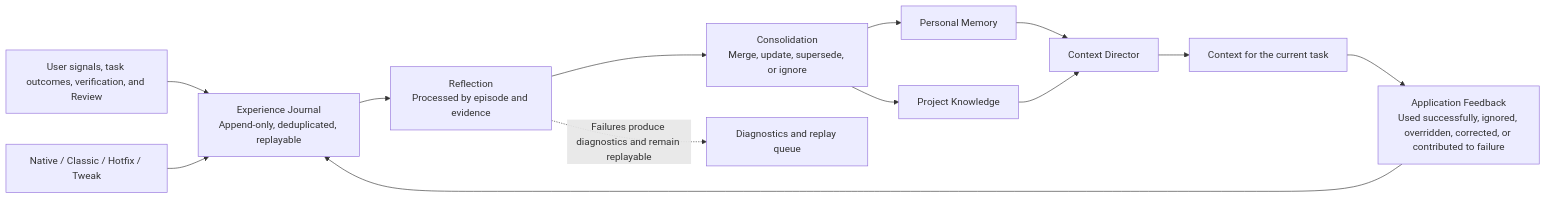
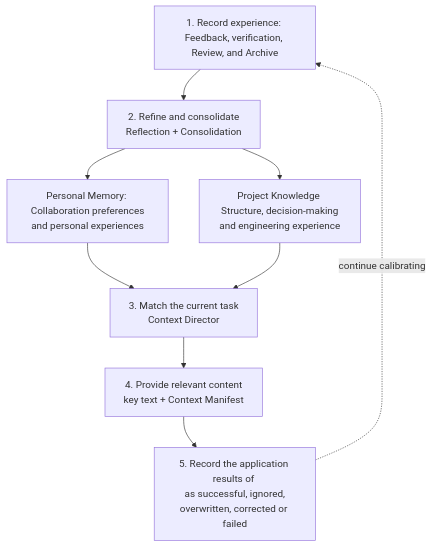
The diagram in en/plugins/agent-learning-loop.mdx (rpamis/comet-website-docs), drawn with Mermaid before and after one commit. The commit also changed other lines of this file and 158 other files, not shown here.

````diff
--- a/en/plugins/agent-learning-loop.mdx
+++ b/en/plugins/agent-learning-loop.mdx
@@ -27,15 +65,11 @@
 ```mermaid
-flowchart LR
-  U["User signals, task outcomes, verification, and Review"] --> J["Experience Journal\nAppend-only, deduplicated, replayable"]
-  W["Native / Classic / Hotfix / Tweak"] --> J
-  J --> R["Reflection\nProcessed by episode and evidence"]
-  R --> C["Consolidation\nMerge, update, supersede, or ignore"]
-  C --> P["Personal Memory"]
-  C --> K["Project Knowledge"]
-  P --> D["Context Director"]
+flowchart TD
+  E["1. Record experience: Feedback, verification, Review, and Archive"] --> R["2. Refine and consolidate <br/>Reflection + Consolidation"]
+  R --> M["Personal Memory: <br/> Collaboration preferences and personal experiences"]
+  R --> K["Project Knowledge <br/> Structure, decision-making and engineering experience"]
+  M --> D["3. Match the current task <br/>Context Director"]
   K --> D
-  D --> A["Context for the current task"]
-  A --> F["Application Feedback\nUsed successfully, ignored, overridden, corrected, or contributed to failure"]
-  F --> J
-  R -."Failures produce diagnostics and remain replayable".-> X["Diagnostics and replay queue"]
+  D --> A["4. Provide relevant content <br/> key text + Context Manifest"]
+  A --> F["5. Record the application results of <br/> as successful, ignored, overwritten, corrected or failed"]
+  F -. continue calibrating .-> E
 ```
````
